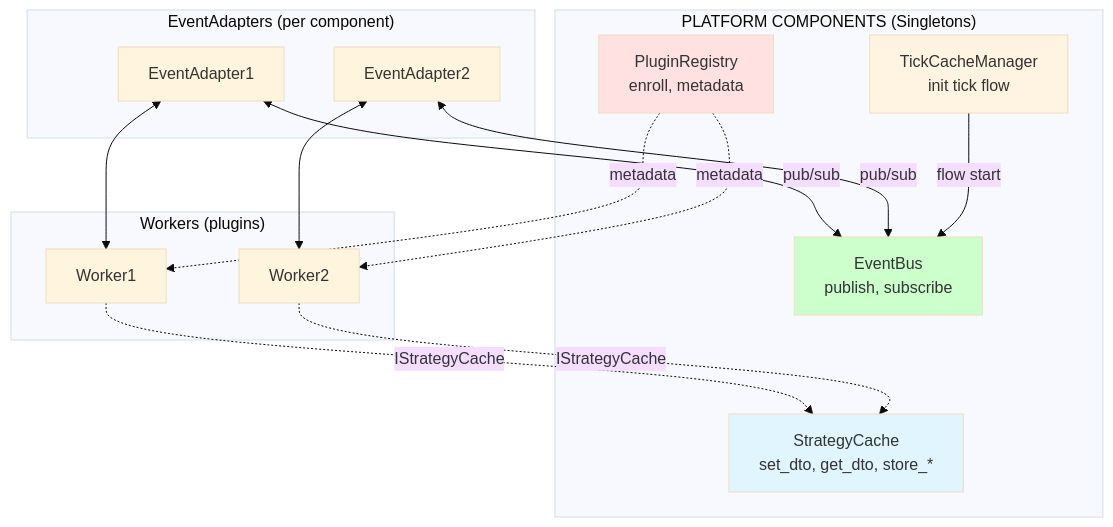
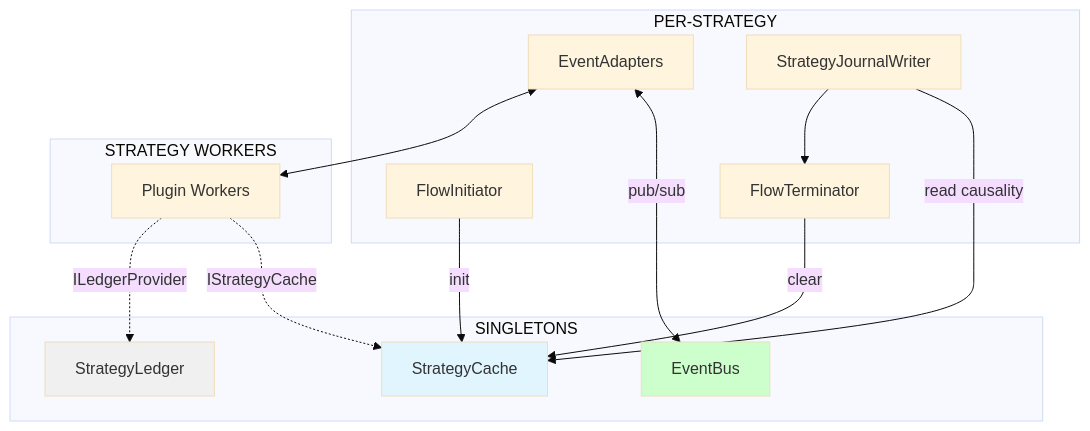
One commit to MikeyVK/S1mpleTraderV3 changed the diagram in docs/architecture/PLATFORM_COMPONENTS.md. Above: the diagram before and after it, drawn with Mermaid (base theme). The commit also changed other lines of this file and 1 other file, not shown here.

First line of the commit message:
docs(architecture): SRP separation - strategy workers vs platform components

````diff
--- a/docs/architecture/PLATFORM_COMPONENTS.md
+++ b/docs/architecture/PLATFORM_COMPONENTS.md
@@ -524,38 +193,32 @@
 ```mermaid
 graph TB
-    subgraph Platform["PLATFORM COMPONENTS (Singletons)"]
-        Bus[EventBus<br/>publish, subscribe]
-        Cache[StrategyCache<br/>set_dto, get_dto, store_*]
-        TCM[TickCacheManager<br/>init tick flow]
-        Reg[PluginRegistry<br/>enroll, metadata]
+    subgraph Singletons["SINGLETONS"]
+        Bus[EventBus]
+        Cache[StrategyCache]
+        Ledger[StrategyLedger]
     end
     
-    subgraph Adapters["EventAdapters (per component)"]
-        A1[EventAdapter1]
-        A2[EventAdapter2]
+    subgraph PerStrategy["PER-STRATEGY"]
+        FI[FlowInitiator]
+        EA[EventAdapters]
+        SJW[StrategyJournalWriter]
+        FT[FlowTerminator]
     end
     
-    subgraph Workers["Workers (plugins)"]
-        W1[Worker1]
-        W2[Worker2]
+    subgraph Workers["STRATEGY WORKERS"]
+        W[Plugin Workers]
     end
     
-    A1 <-->|pub/sub| Bus
-    A2 <-->|pub/sub| Bus
-    
-    A1 <--> W1
-    A2 <--> W2
-    
-    W1 -.IStrategyCache.-> Cache
-    W2 -.IStrategyCache.-> Cache
-    
-    TCM -->|flow start| Bus
-    
-    Reg -.metadata.-> W1
-    Reg -.metadata.-> W2
+    FI -->|init| Cache
+    EA <-->|pub/sub| Bus
+    EA <--> W
+    W -.->|IStrategyCache| Cache
+    W -.->|ILedgerProvider| Ledger
+    SJW -->|read causality| Cache
+    SJW --> FT
+    FT -->|clear| Cache
     
     style Bus fill:#ccffcc
     style Cache fill:#e1f5ff
-    style TCM fill:#fff4e1
-    style Reg fill:#ffe1e1
+    style Ledger fill:#f0f0f0
 ```
````
